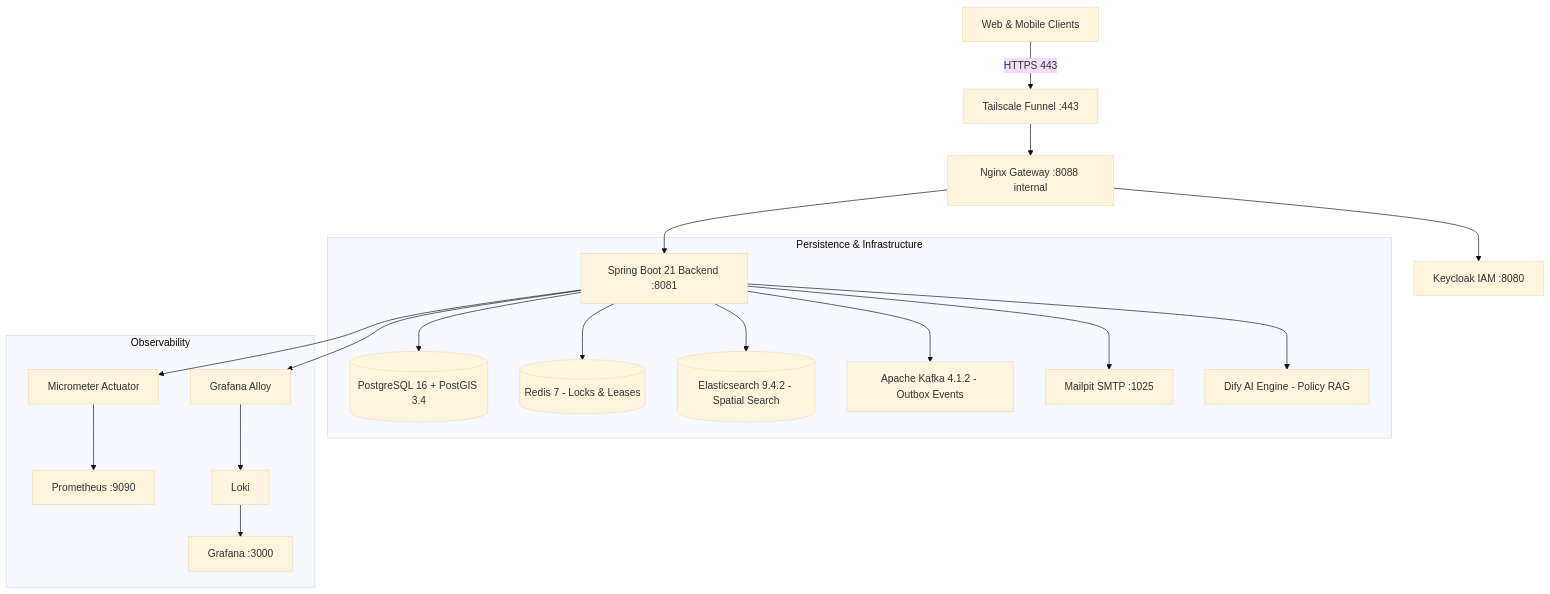
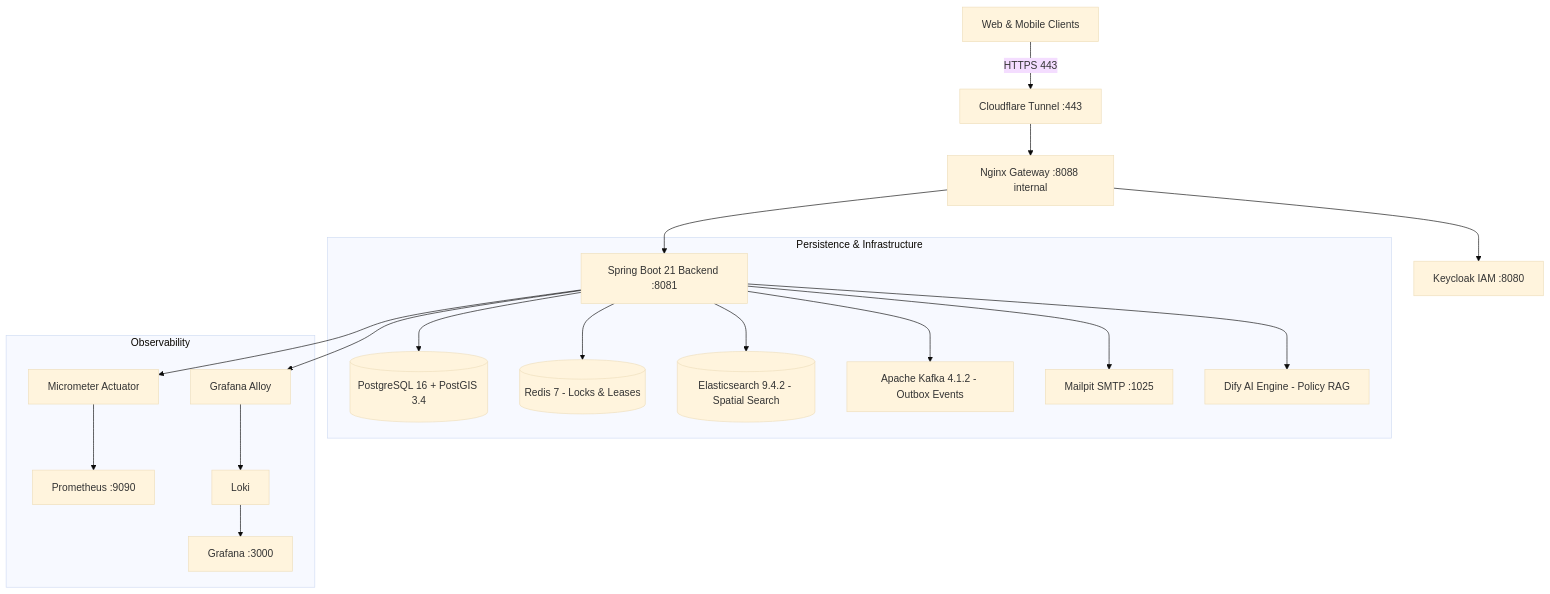
Before and after one commit to phamthang44/chargeops-backend: the diagram in README.md, drawn with Mermaid (base theme). The commit also changed other lines of this file and 38 other files, not shown here.

````diff
--- a/README.md
+++ b/README.md
@@ -34,22 +33,22 @@
 ```mermaid
 graph TD
-    Client[Web & Mobile Clients] -->|HTTPS 443| Funnel[Tailscale Funnel :443]
-    Funnel --> Gateway[Nginx Gateway :8088 internal]
+    Client[Web & Mobile Clients] -->|HTTPS 443| Tunnel[Cloudflare Tunnel :443]
+    Tunnel --> Gateway[Nginx Gateway :8088 internal]
     Gateway --> API[Spring Boot 21 Backend :8081]
     Gateway --> Keycloak[Keycloak IAM :8080]
 
     subgraph Persistence & Infrastructure
         API --> PostGIS[(PostgreSQL 16 + PostGIS 3.4)]
         API --> Redis[(Redis 7 - Locks & Leases)]
         API --> ES[(Elasticsearch 9.4.2 - Spatial Search)]
         API --> Kafka[Apache Kafka 4.1.2 - Outbox Events]
         API --> Mail[Mailpit SMTP :1025]
         API --> Dify[Dify AI Engine - Policy RAG]
     end
 
     subgraph Observability
         API --> Actuator[Micrometer Actuator]
         Actuator --> Prometheus[Prometheus :9090]
         API --> Alloy[Grafana Alloy] --> Loki[Loki] --> Grafana[Grafana :3000]
     end
 ```
````
